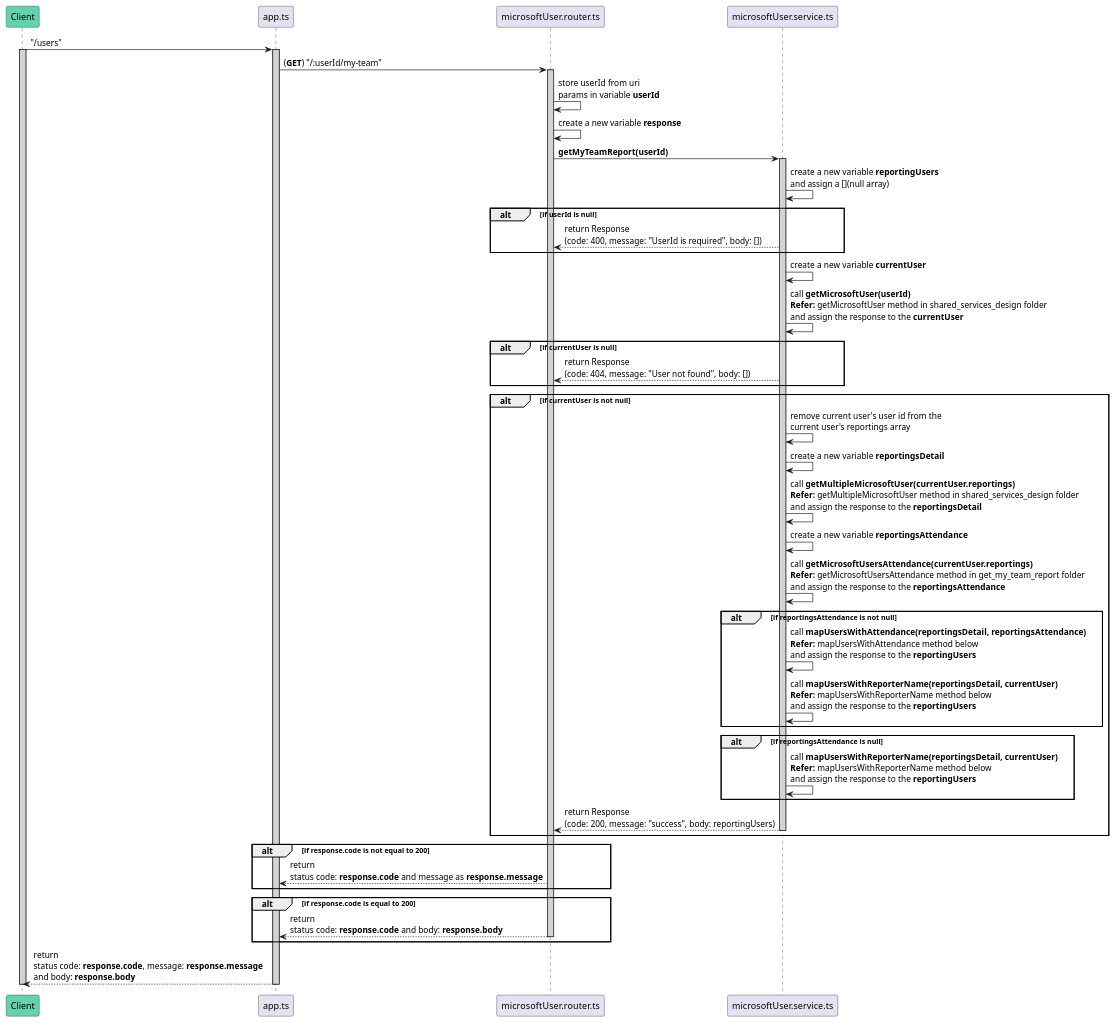
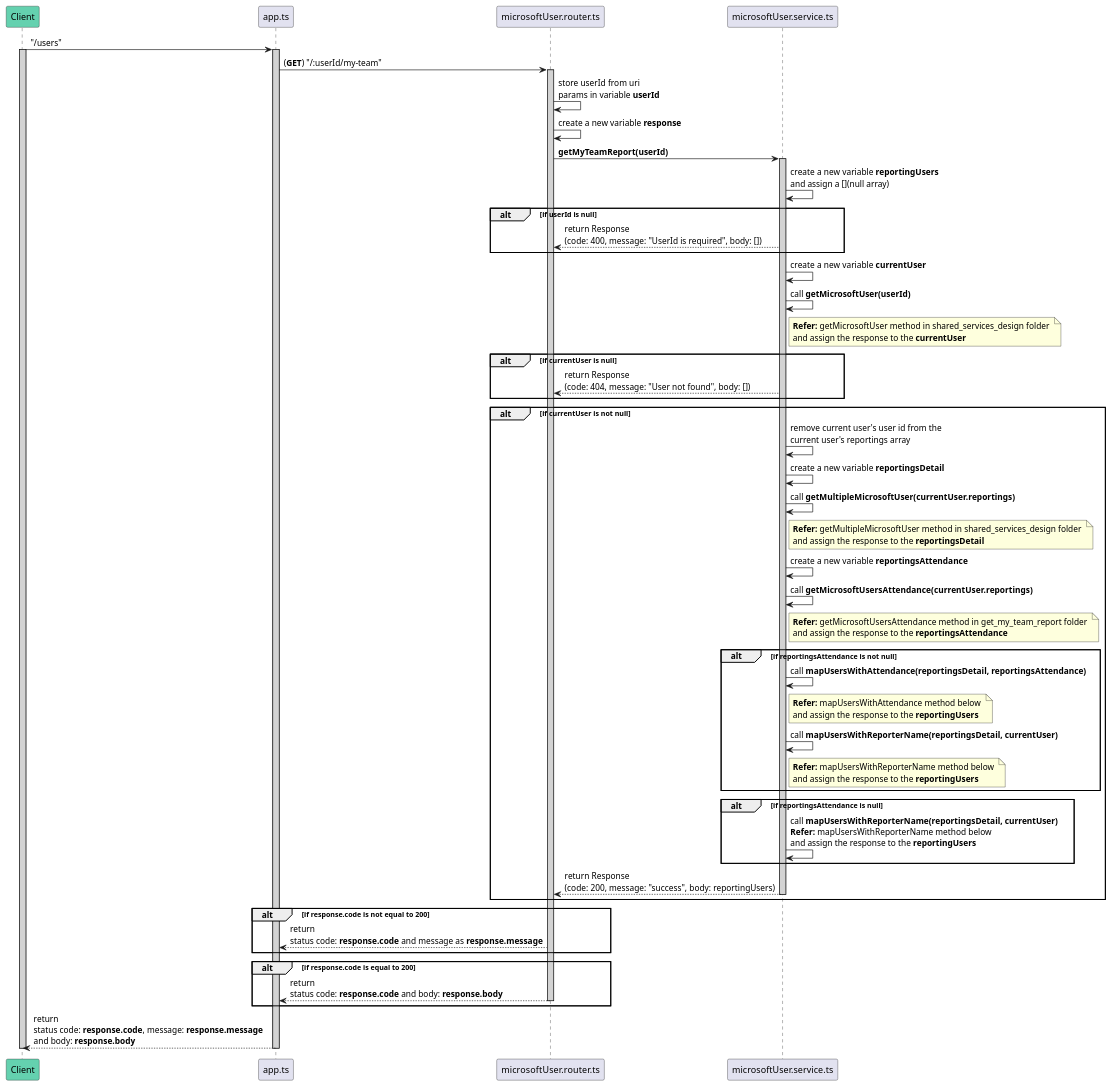
Before and after one commit to avasoft-mobility/workday-design: the diagram in backend/services_design/user_service/sequence_diagram/get_my_team_report/get_myteam_report.sequence.puml, drawn with PlantUML. The commit also changed 4 other files, not shown here.

```diff
--- a/backend/services_design/user_service/sequence_diagram/get_my_team_report/get_myteam_report.sequence.puml
+++ b/backend/services_design/user_service/sequence_diagram/get_my_team_report/get_myteam_report.sequence.puml
@@ -1,67 +1,72 @@
 @startuml getMatchingReports
 participant Client #64D1AF
 participant app.ts
 participant microsoftUser.router.ts
 participant microsoftUser.service.ts
 
 Client -> app.ts : "/users"
 activate Client #D3D3D3
 activate app.ts #D3D3D3
 
 app.ts -> microsoftUser.router.ts : (**GET**) "/:userId/my-team"
 activate microsoftUser.router.ts #D3D3D3
 
 microsoftUser.router.ts -> microsoftUser.router.ts : store userId from uri \nparams in variable **userId**
 microsoftUser.router.ts -> microsoftUser.router.ts : create a new variable **response**
 
 microsoftUser.router.ts -> microsoftUser.service.ts : **getMyTeamReport(userId)**
 activate microsoftUser.service.ts #D3D3D3
 
 microsoftUser.service.ts -> microsoftUser.service.ts : create a new variable **reportingUsers** \nand assign a [](null array)
 
 alt if userId is null
     microsoftUser.router.ts <-- microsoftUser.service.ts : return Response\n(code: 400, message: "UserId is required", body: [])
 end
 
 microsoftUser.service.ts -> microsoftUser.service.ts : create a new variable **currentUser**
-microsoftUser.service.ts -> microsoftUser.service.ts : call **getMicrosoftUser(userId)** \n**Refer:** getMicrosoftUser method in shared_services_design folder \nand assign the response to the **currentUser**
+microsoftUser.service.ts -> microsoftUser.service.ts : call **getMicrosoftUser(userId)** 
+note right of microsoftUser.service.ts : **Refer:** getMicrosoftUser method in shared_services_design folder \nand assign the response to the **currentUser**
 
 alt if currentUser is null
     microsoftUser.router.ts <-- microsoftUser.service.ts : return Response\n(code: 404, message: "User not found", body: [])
 end
 
 alt if currentUser is not null
     microsoftUser.service.ts -> microsoftUser.service.ts : remove current user's user id from the \ncurrent user's reportings array
 
     microsoftUser.service.ts -> microsoftUser.service.ts : create a new variable **reportingsDetail**
-    microsoftUser.service.ts -> microsoftUser.service.ts : call **getMultipleMicrosoftUser(currentUser.reportings)** \n**Refer:** getMultipleMicrosoftUser method in shared_services_design folder \nand assign the response to the **reportingsDetail**
+    microsoftUser.service.ts -> microsoftUser.service.ts : call **getMultipleMicrosoftUser(currentUser.reportings)** 
+    note right of microsoftUser.service.ts : **Refer:** getMultipleMicrosoftUser method in shared_services_design folder \nand assign the response to the **reportingsDetail**
 
     microsoftUser.service.ts -> microsoftUser.service.ts : create a new variable **reportingsAttendance**
-    microsoftUser.service.ts -> microsoftUser.service.ts : call **getMicrosoftUsersAttendance(currentUser.reportings)** \n**Refer:** getMicrosoftUsersAttendance method in get_my_team_report folder \nand assign the response to the **reportingsAttendance**
+    microsoftUser.service.ts -> microsoftUser.service.ts : call **getMicrosoftUsersAttendance(currentUser.reportings)** 
+    note right of microsoftUser.service.ts : **Refer:** getMicrosoftUsersAttendance method in get_my_team_report folder \nand assign the response to the **reportingsAttendance**
 
     alt if reportingsAttendance is not null
-        microsoftUser.service.ts -> microsoftUser.service.ts : call **mapUsersWithAttendance(reportingsDetail, reportingsAttendance)** \n**Refer:** mapUsersWithAttendance method below \nand assign the response to the **reportingUsers**
-        microsoftUser.service.ts -> microsoftUser.service.ts : call **mapUsersWithReporterName(reportingsDetail, currentUser)** \n**Refer:** mapUsersWithReporterName method below \nand assign the response to the **reportingUsers**
+        microsoftUser.service.ts -> microsoftUser.service.ts : call **mapUsersWithAttendance(reportingsDetail, reportingsAttendance)** 
+        note right of microsoftUser.service.ts : **Refer:** mapUsersWithAttendance method below \nand assign the response to the **reportingUsers**
+        microsoftUser.service.ts -> microsoftUser.service.ts : call **mapUsersWithReporterName(reportingsDetail, currentUser)** 
+        note right of microsoftUser.service.ts : **Refer:** mapUsersWithReporterName method below \nand assign the response to the **reportingUsers**
     end
 
     alt if reportingsAttendance is null
         microsoftUser.service.ts -> microsoftUser.service.ts : call **mapUsersWithReporterName(reportingsDetail, currentUser)** \n**Refer:** mapUsersWithReporterName method below \nand assign the response to the **reportingUsers**
     end
 
      microsoftUser.router.ts <-- microsoftUser.service.ts : return Response\n(code: 200, message: "success", body: reportingUsers)
      deactivate microsoftUser.service.ts
 end
 
 alt if response.code is not equal to 200
     microsoftUser.router.ts --> app.ts: return \nstatus code: **response.code** and message as **response.message**
 end
 
 alt if response.code is equal to 200
     microsoftUser.router.ts --> app.ts: return \nstatus code: **response.code** and body: **response.body**
     deactivate microsoftUser.router.ts
 end
 
 Client <-- app.ts : return \nstatus code: **response.code**, message: **response.message** \nand body: **response.body**
 deactivate app.ts
 deactivate Client 
 @enduml
```
